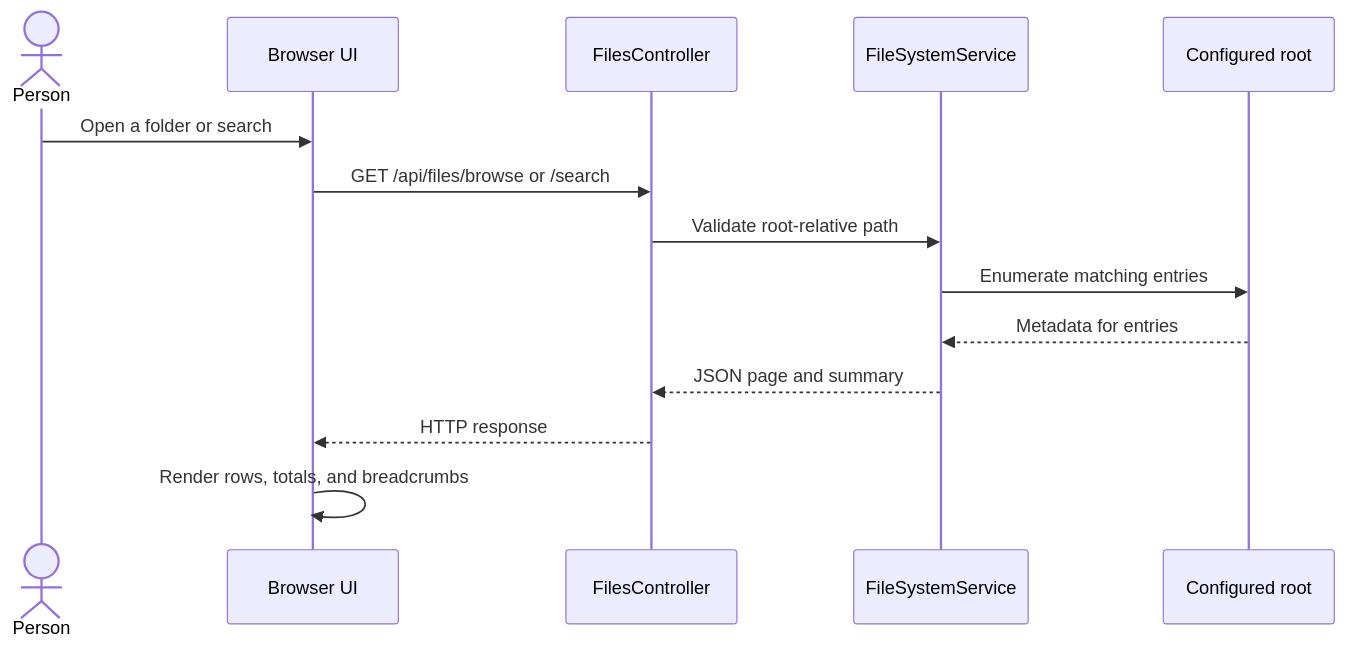
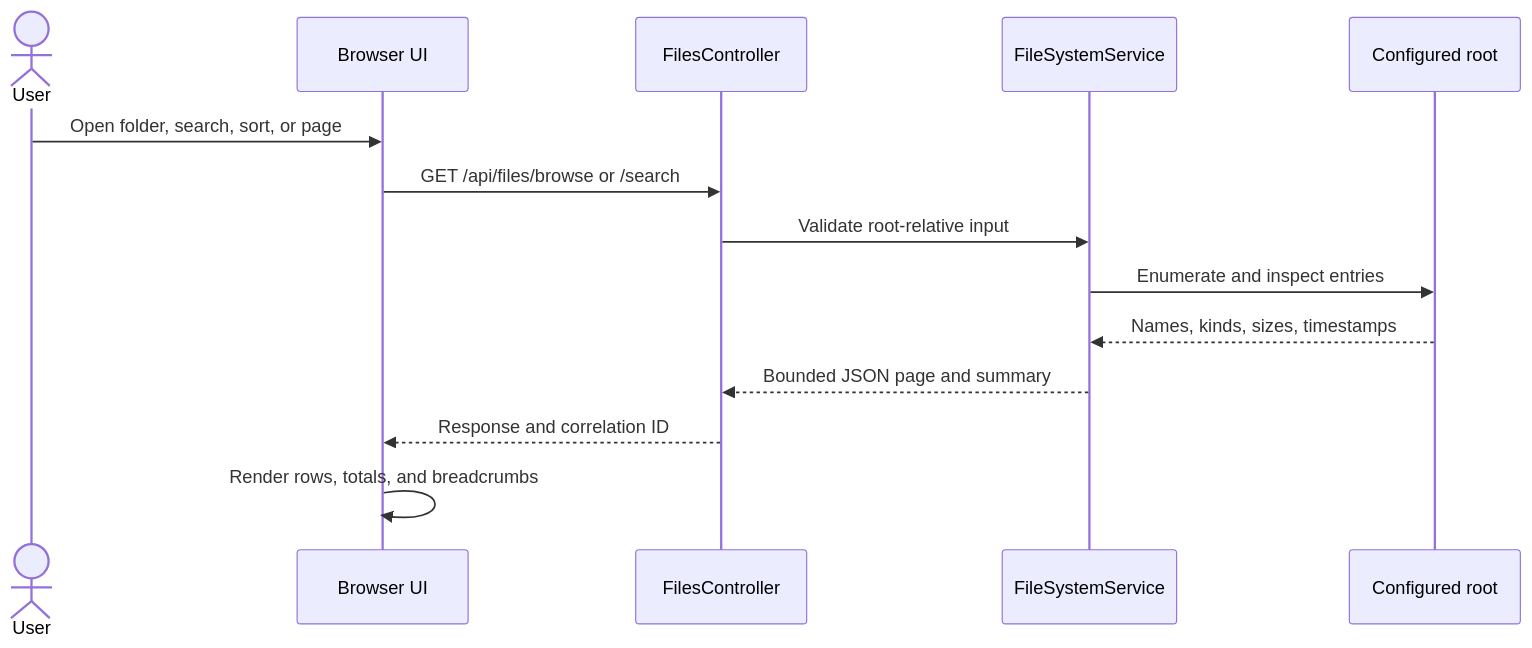
One commit to jcd1991/FileExplorer-Demo changed the diagram in TestProject/docs/PROJECT_GUIDE.md. Above: the diagram before and after it, drawn with Mermaid. The commit also changed other lines of this file and 1 other file, not shown here.

````diff
--- a/TestProject/docs/PROJECT_GUIDE.md
+++ b/TestProject/docs/PROJECT_GUIDE.md
@@ -7,16 +19,16 @@
 ```mermaid
 sequenceDiagram
-    actor Person
+    actor User
     participant UI as Browser UI
     participant API as FilesController
     participant FS as FileSystemService
-    participant Root as Configured root
-    Person->>UI: Open a folder or search
+    participant Disk as Configured root
+    User->>UI: Open folder, search, sort, or page
     UI->>API: GET /api/files/browse or /search
-    API->>FS: Validate root-relative path
-    FS->>Root: Enumerate matching entries
-    Root-->>FS: Metadata for entries
-    FS-->>API: JSON page and summary
-    API-->>UI: HTTP response
+    API->>FS: Validate root-relative input
+    FS->>Disk: Enumerate and inspect entries
+    Disk-->>FS: Names, kinds, sizes, timestamps
+    FS-->>API: Bounded JSON page and summary
+    API-->>UI: Response and correlation ID
     UI->>UI: Render rows, totals, and breadcrumbs
 ```
````
